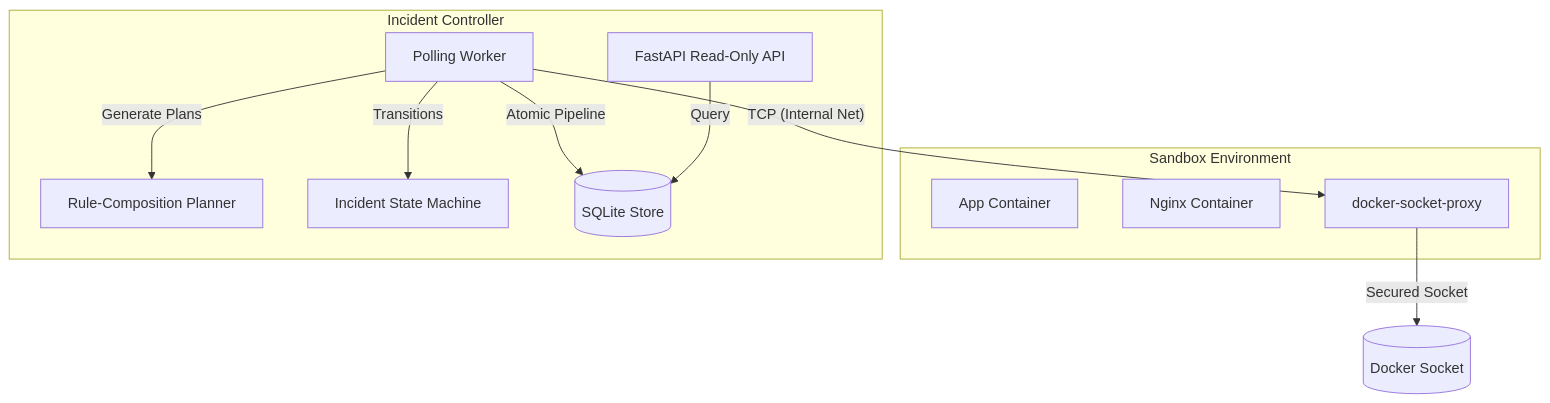
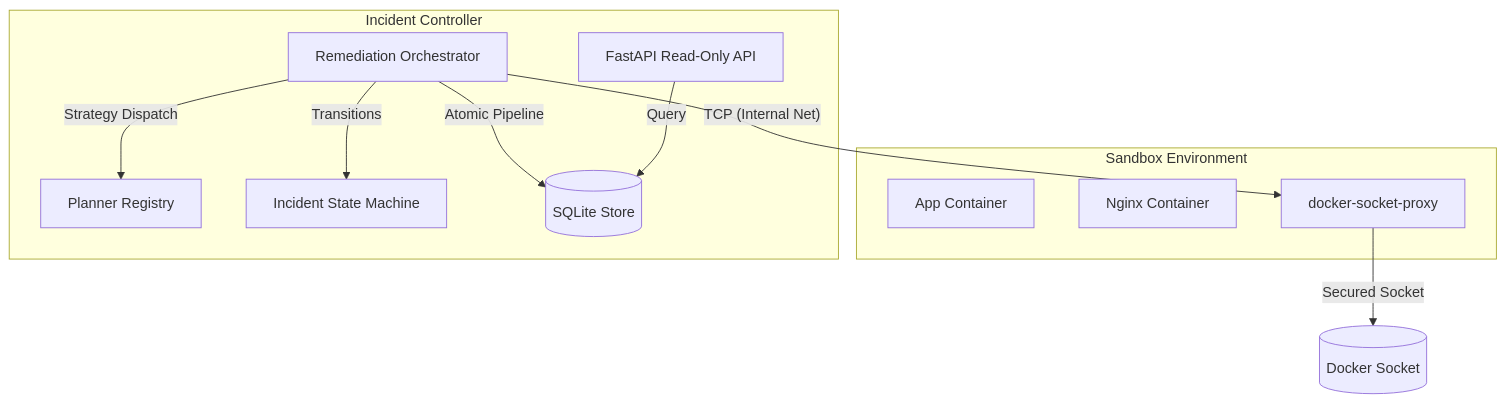
One commit to Sehaan-1/docker-incident-controller changed the first of 2 diagrams in README.md. Above: the diagram before and after it, drawn with Mermaid. The commit also changed other lines of this file and 15 other files, not shown here.

Commit message:
chore: Update ignore files and README for new architecture

````diff
--- a/README.md
+++ b/README.md
@@ -25,24 +25,24 @@
 ```mermaid
 graph TD
     subgraph Sandbox Environment
         App[App Container]
         Nginx[Nginx Container]
         DSP[docker-socket-proxy]
     end
     
     subgraph Incident Controller
-        Worker[Polling Worker]
+        Orchestrator[Remediation Orchestrator]
         API[FastAPI Read-Only API]
-        Planner[Rule-Composition Planner]
+        Registry[Planner Registry]
         SM[Incident State Machine]
         DB[(SQLite Store)]
     end
     
-    Worker -- "TCP (Internal Net)" --> DSP
+    Orchestrator -- "TCP (Internal Net)" --> DSP
     DSP -- "Secured Socket" --> DockerSocket[(Docker Socket)]
     
-    Worker -- "Atomic Pipeline" --> DB
-    Worker -- "Transitions" --> SM
-    Worker -- "Generate Plans" --> Planner
+    Orchestrator -- "Atomic Pipeline" --> DB
+    Orchestrator -- "Transitions" --> SM
+    Orchestrator -- "Strategy Dispatch" --> Registry
     API -- "Query" --> DB
 ```
````
